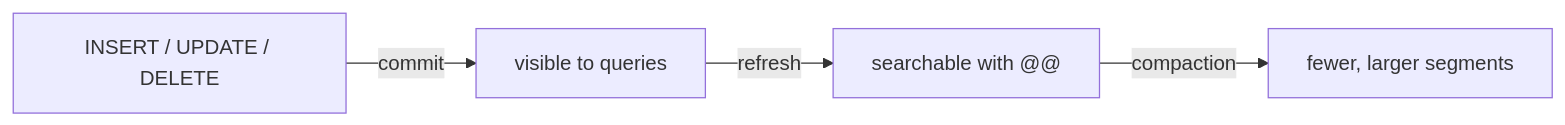
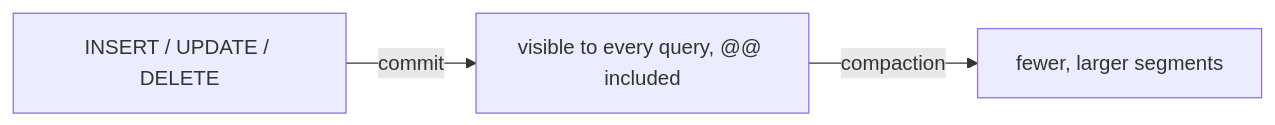
Before and after one commit to serenedb/serenedb: the diagram in docs/sql/indexes/inverted/maintenance.md, drawn with Mermaid. The commit also changed other lines of this file and 784 other files, not shown here.

Commit message:
wip: no refresh: committed rows are searchable at once; index views cool hot rows; key spec header

````diff
--- a/docs/sql/indexes/inverted/maintenance.md
+++ b/docs/sql/indexes/inverted/maintenance.md
@@ -12,6 +12,5 @@
 ```mermaid
 flowchart LR
-    w["INSERT / UPDATE / DELETE"] -->|commit| vis["visible to queries"]
-    vis -->|refresh| idx["searchable with @@"]
+    w["INSERT / UPDATE / DELETE"] -->|commit| idx["visible to every query, @@ included"]
     idx -->|compaction| merged["fewer, larger segments"]
 ```
````
